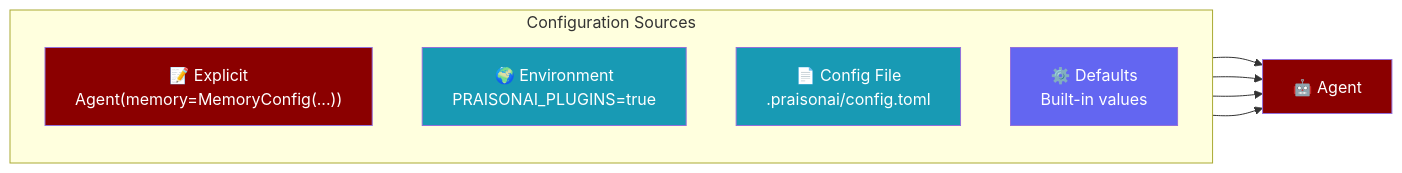
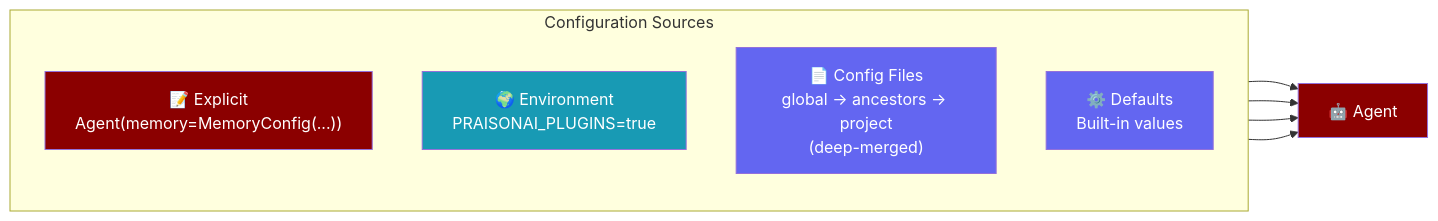
Before and after one commit to MervinPraison/PraisonAIDocs: the first of 7 diagrams in docs/features/config-file.mdx, drawn with Mermaid. The commit also changed other lines of this file and 2 other files, not shown here.

First line of the commit message:
docs: update Configuration File page for deep-merge + ancestor discovery (fixes #3370)

````diff
--- a/docs/features/config-file.mdx
+++ b/docs/features/config-file.mdx
@@ -19,21 +19,21 @@
 ```mermaid
 graph LR
     subgraph "Configuration Sources"
         direction TB
         A["📝 Explicit<br/>Agent(memory=MemoryConfig(...))"]
         B["🌍 Environment<br/>PRAISONAI_PLUGINS=true"]
-        C["📄 Config File<br/>.praisonai/config.toml"]
+        C["📄 Config Files<br/>global → ancestors → project<br/>(deep-merged)"]
         D["⚙️ Defaults<br/>Built-in values"]
     end
     
     A --> AGENT["🤖 Agent"]
     B --> AGENT
     C --> AGENT
     D --> AGENT
     
     style A fill:#8B0000,color:#fff
     style B fill:#189AB4,color:#fff
-    style C fill:#189AB4,color:#fff
+    style C fill:#6366F1,color:#fff
     style D fill:#6366F1,color:#fff
     style AGENT fill:#8B0000,color:#fff
 ```
````
